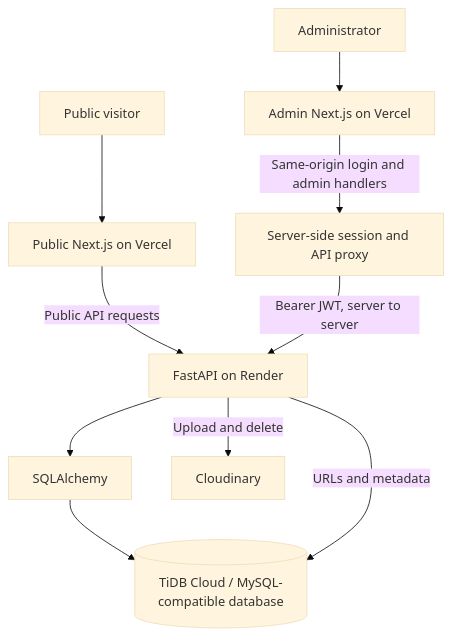
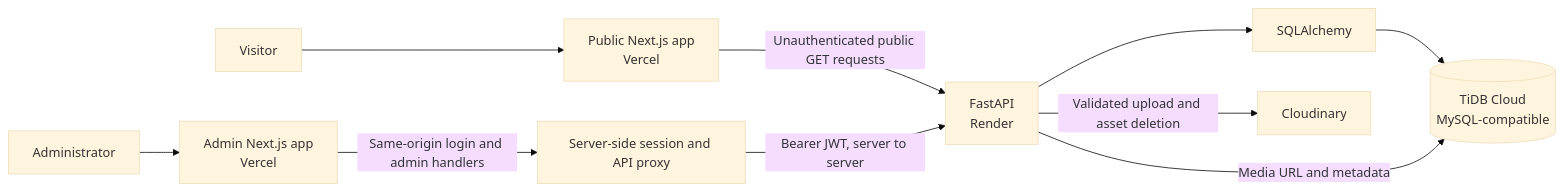
The diagram in README.md (Osamah-786/osamah-professional-portfolio), drawn with Mermaid (base theme) before and after one commit. The commit also changed other lines of this file and 18 other files, not shown here.

````diff
--- a/README.md
+++ b/README.md
@@ -7,12 +16,12 @@
 ```mermaid
-flowchart TD
-    Visitor[Public visitor] --> Frontend[Public Next.js on Vercel]
-    Frontend -->|Public API requests| API[FastAPI on Render]
-    AdminUser[Administrator] --> Admin[Admin Next.js on Vercel]
-    Admin -->|Same-origin login and admin handlers| Server[Server-side session and API proxy]
-    Server -->|Bearer JWT, server to server| API
+flowchart LR
+    Visitor[Visitor] --> Public[Public Next.js app<br/>Vercel]
+    Public -->|Unauthenticated public GET requests| API[FastAPI<br/>Render]
+    AdminUser[Administrator] --> Admin[Admin Next.js app<br/>Vercel]
+    Admin -->|Same-origin login and admin handlers| Session[Server-side session and API proxy]
+    Session -->|Bearer JWT, server to server| API
     API --> ORM[SQLAlchemy]
-    ORM --> DB[(TiDB Cloud / MySQL-compatible database)]
-    API -->|Upload and delete| Cloudinary[Cloudinary]
-    API -->|URLs and metadata| DB
+    ORM --> DB[(TiDB Cloud<br/>MySQL-compatible)]
+    API -->|Validated upload and asset deletion| Cloudinary[Cloudinary]
+    API -->|Media URL and metadata| DB
 ```
````
